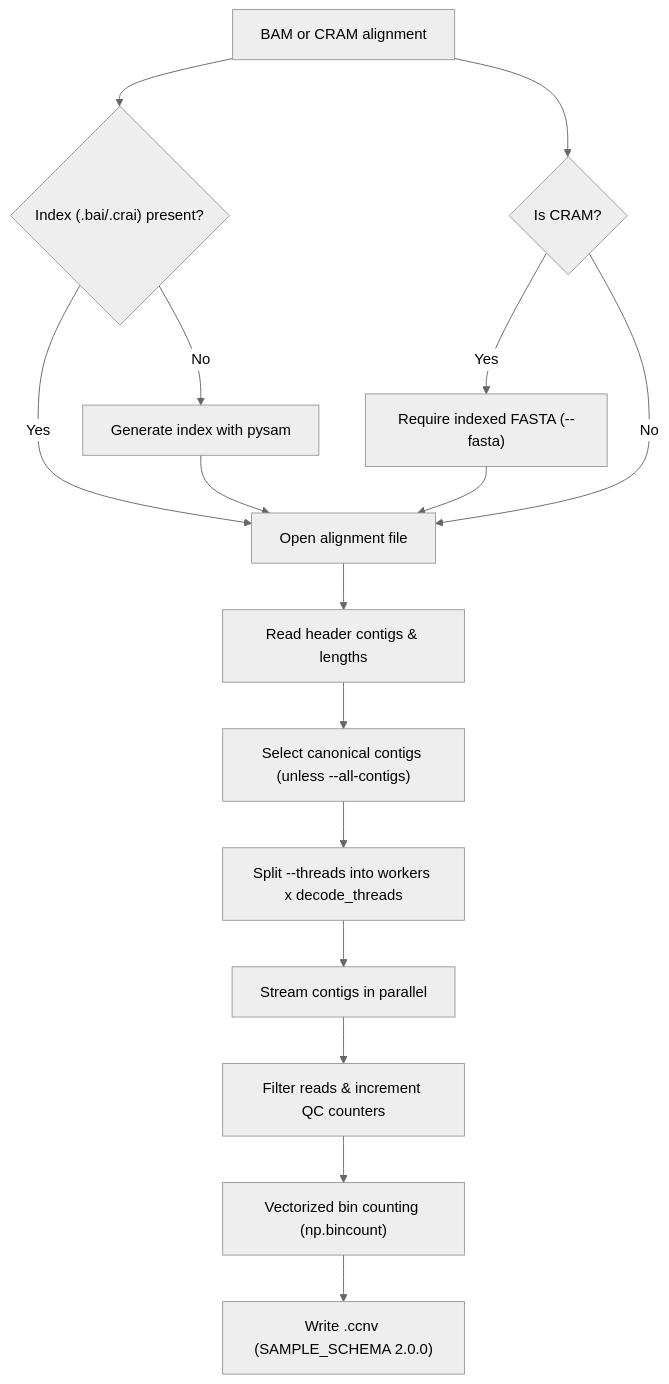
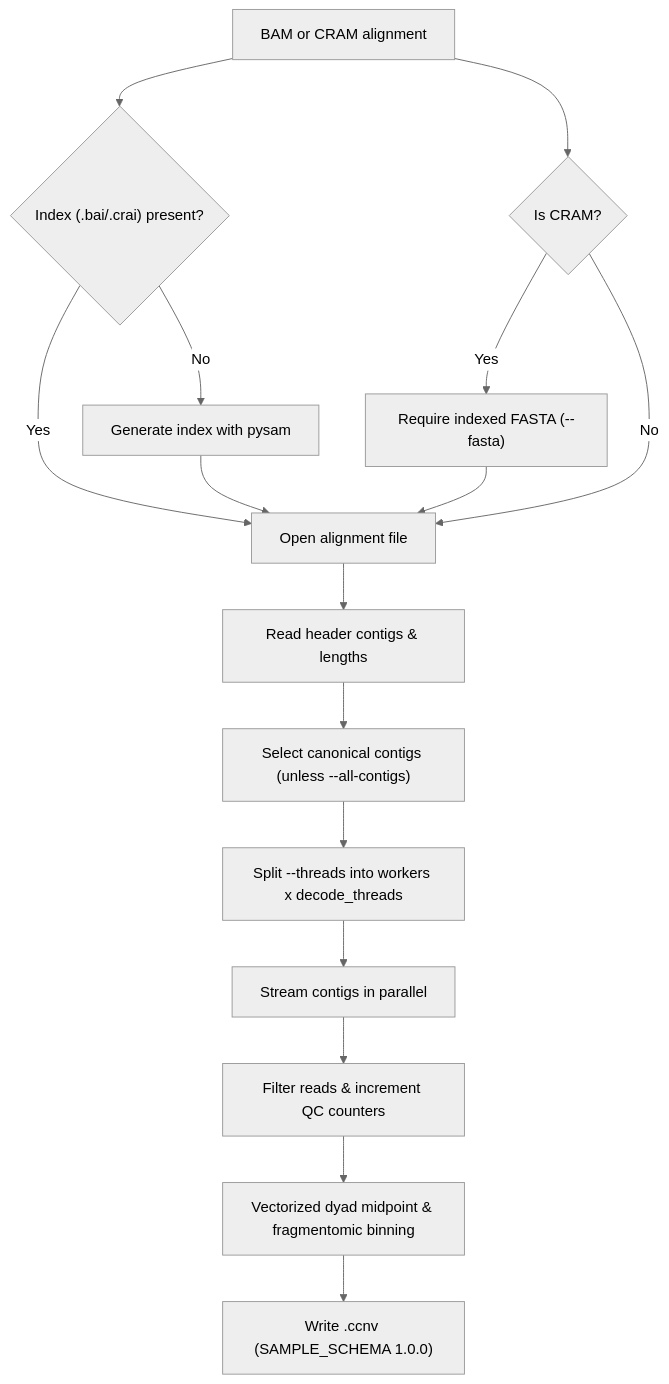
The second of 4 diagrams in docs/pipeline.md (matthdsm/ccnv), drawn with Mermaid (neutral theme) before and after one commit. The commit also changed other lines of this file and 67 other files, not shown here.

````diff
--- a/docs/pipeline.md
+++ b/docs/pipeline.md
@@ -28,18 +29,18 @@
 ```mermaid
 flowchart TD
     InAlign["BAM or CRAM alignment"] --> CheckIdx{"Index (.bai/.crai) present?"}
     CheckIdx -- No --> BuildIdx["Generate index with pysam"]
     CheckIdx -- Yes --> OpenAlign["Open alignment file"]
     BuildIdx --> OpenAlign
     InAlign --> CheckCRAM{"Is CRAM?"}
     CheckCRAM -- Yes --> CheckFai["Require indexed FASTA (--fasta)"]
     CheckFai --> OpenAlign
     CheckCRAM -- No --> OpenAlign
     OpenAlign --> ParseHeader["Read header contigs & lengths"]
     ParseHeader --> LayoutFilter["Select canonical contigs (unless --all-contigs)"]
     LayoutFilter --> Budget["Split --threads into workers x decode_threads"]
     Budget --> Stream["Stream contigs in parallel"]
     Stream --> Filter["Filter reads & increment QC counters"]
-    Filter --> Binning["Vectorized bin counting (np.bincount)"]
-    Binning --> WriteParquet["Write <prefix>.ccnv (SAMPLE_SCHEMA 2.0.0)"]
+    Filter --> Binning["Vectorized dyad midpoint & fragmentomic binning"]
+    Binning --> WriteParquet["Write <prefix>.ccnv (SAMPLE_SCHEMA 1.0.0)"]
 ```
````
